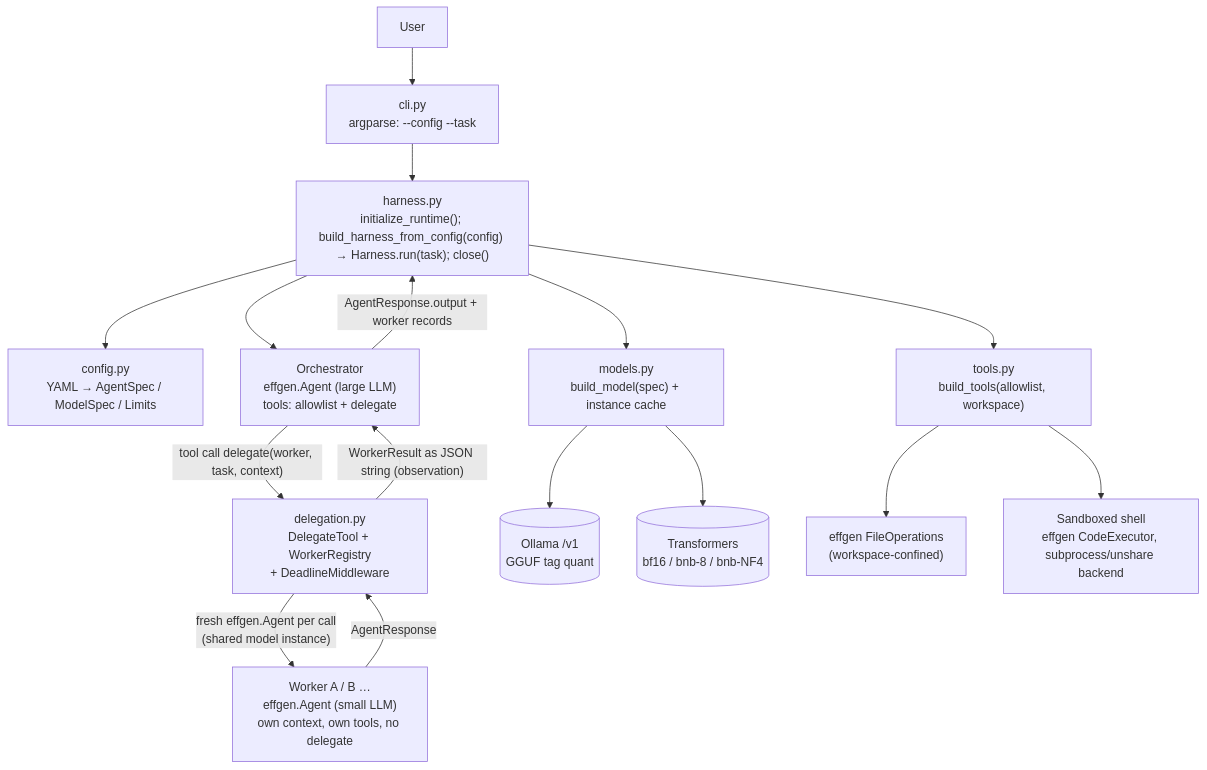
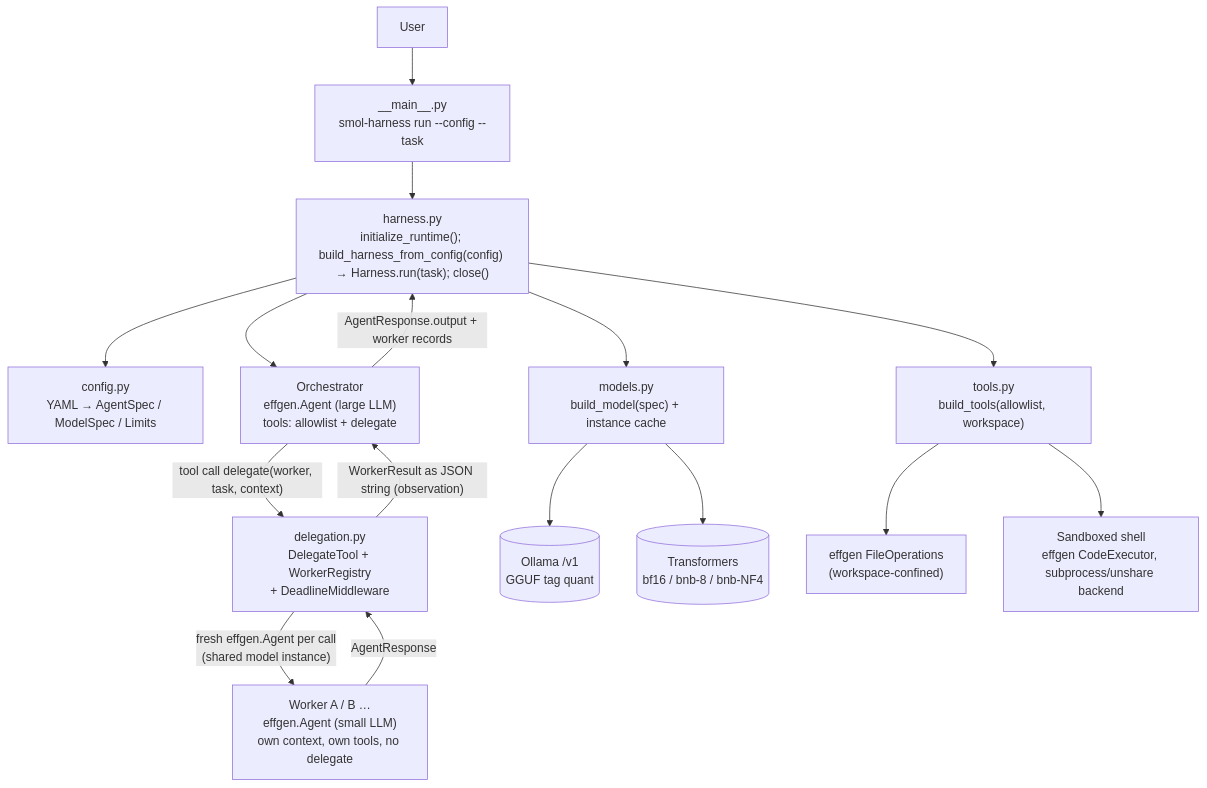
Before and after one commit to Ch-Kumar-Kartik/smol-harness: the first of 2 diagrams in docs/architecture.md, drawn with Mermaid. The commit also changed other lines of this file and 5 other files, not shown here.

Commit message:
feat(cli): add config-driven task execution and structured output

````diff
--- a/docs/architecture.md
+++ b/docs/architecture.md
@@ -69,18 +69,18 @@
 ```mermaid
 flowchart TD
-    U[User] --> CLI["cli.py<br/>argparse: --config --task"]
+    U[User] --> CLI["__main__.py<br/>smol-harness run --config --task"]
     CLI --> H["harness.py<br/>initialize_runtime(); build_harness_from_config(config) → Harness.run(task); close()"]
     H --> CFG["config.py<br/>YAML → AgentSpec / ModelSpec / Limits"]
     H --> MOD["models.py<br/>build_model(spec) + instance cache"]
     H --> TL["tools.py<br/>build_tools(allowlist, workspace)"]
     H --> O["Orchestrator<br/>effgen.Agent (large LLM)<br/>tools: allowlist + delegate"]
     O -- "tool call delegate(worker, task, context)" --> D["delegation.py<br/>DelegateTool + WorkerRegistry<br/>+ DeadlineMiddleware"]
     D -- "fresh effgen.Agent per call<br/>(shared model instance)" --> W["Worker A / B …<br/>effgen.Agent (small LLM)<br/>own context, own tools, no delegate"]
     W -- "AgentResponse" --> D
     D -- "WorkerResult as JSON string (observation)" --> O
     O -- "AgentResponse.output + worker records" --> H
     MOD --> OL[("Ollama /v1<br/>GGUF tag quant")]
     MOD --> HF[("Transformers<br/>bf16 / bnb-8 / bnb-NF4")]
     TL --> FO["effgen FileOperations<br/>(workspace-confined)"]
     TL --> SH["Sandboxed shell<br/>effgen CodeExecutor, subprocess/unshare backend"]
 ```
````
